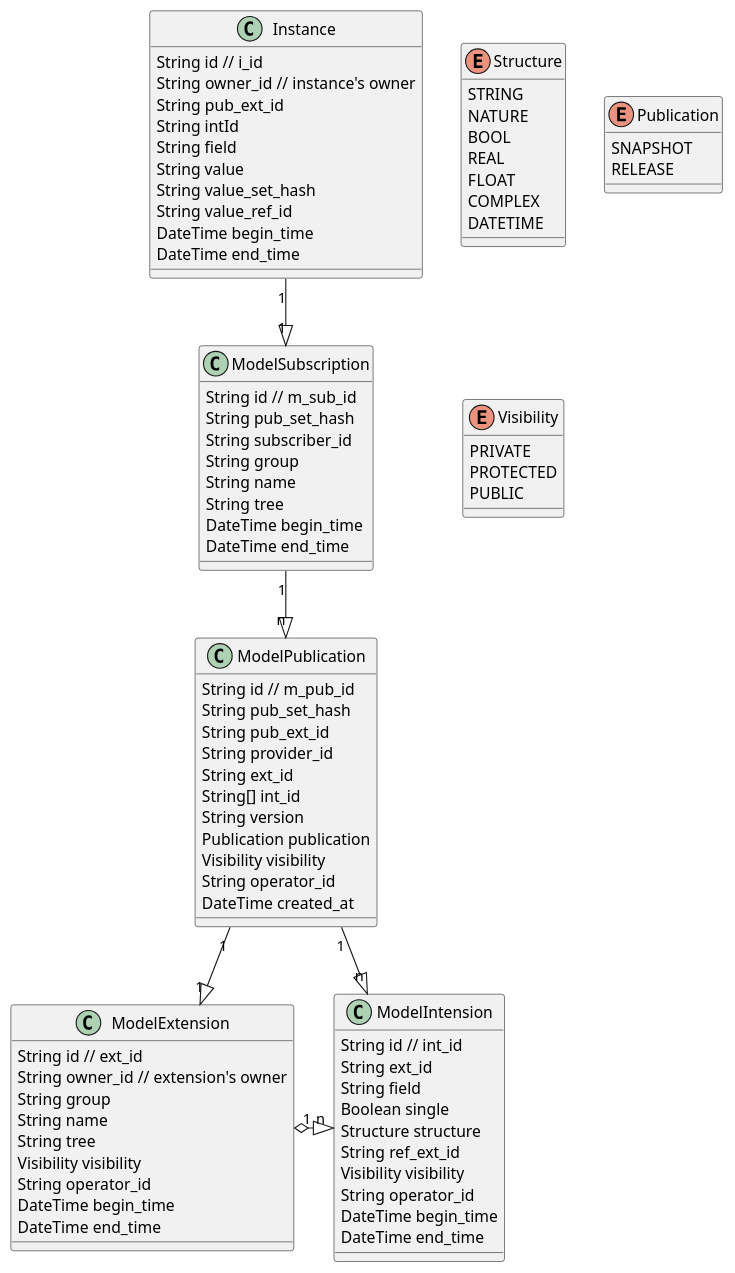
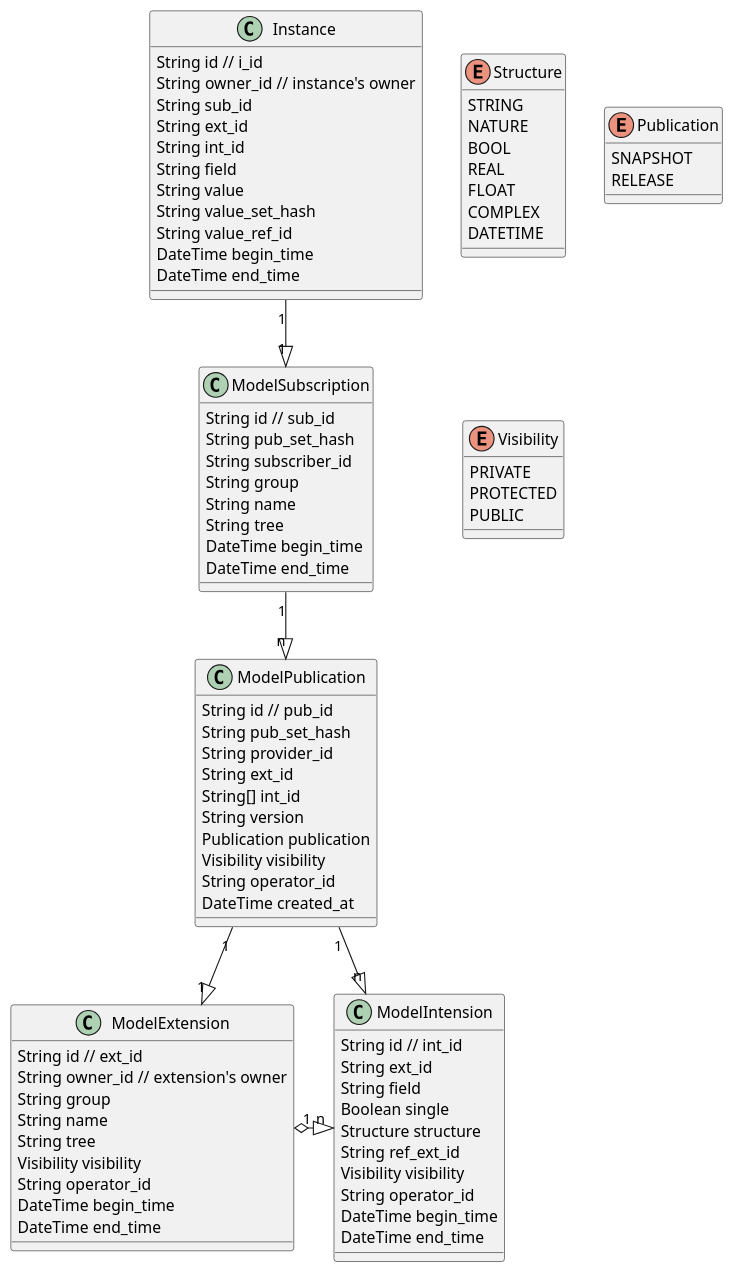
Before and after one commit to SINeWang/kiimate: the diagram in metamate.puml, drawn with PlantUML.

```diff
--- a/metamate.puml
+++ b/metamate.puml
@@ -1,109 +1,109 @@
 @startuml
 
 
 ModelSubscription "1" --|>  "n" ModelPublication
 
 ModelPublication "1" --|>  "1" ModelExtension
 ModelPublication "1" --|>  "n" ModelIntension
 
 Instance "1" --|>  "1" ModelSubscription
 
 'Instance "1" --|>  "n" InstanceTag
 
 
 ModelExtension "1" o--right--|> "n" ModelIntension
 
 class ModelExtension {
     String id // ext_id
     String owner_id // extension's owner
     String group
     String name
     String tree
     Visibility visibility
     String operator_id
     DateTime begin_time
     DateTime end_time
 }
 
 class ModelIntension {
     String id // int_id
     String ext_id
     String field
     Boolean single
     Structure structure
     String ref_ext_id
     Visibility visibility
     String operator_id
     DateTime begin_time
     DateTime end_time
 }
 
 class ModelPublication {
-    String id // m_pub_id
+    String id // pub_id
     String pub_set_hash
-    String pub_ext_id
     String provider_id
     String ext_id
     String[] int_id
     String version
     Publication publication
     Visibility visibility
     String operator_id
     DateTime created_at
 }
 
 class ModelSubscription {
-    String id // m_sub_id
+    String id // sub_id
     String pub_set_hash
     String subscriber_id
     String group
     String name
     String tree
     DateTime begin_time
     DateTime end_time
 }
 
 enum Structure {
     STRING
     NATURE
     BOOL
     REAL
     FLOAT
     COMPLEX
     DATETIME
 }
 
 enum Publication {
     SNAPSHOT
     RELEASE
 }
 
 enum Visibility {
     PRIVATE
     PROTECTED
     PUBLIC
 }
 
 class Instance {
     String id // i_id
     String owner_id // instance's owner
-    String pub_ext_id
-    String intId
+    String sub_id
+    String ext_id
+    String int_id
     String field
     String value
     String value_set_hash
     String value_ref_id
     DateTime begin_time
     DateTime end_time
 }
 
 'class InstanceTag {
 '    String id // i_tag_id
 '    String owner_id // instance's owner
 '    String[] i_id
 '    Publication publication
 '    DateTime created_at
 '    Visibility visibility
 '}
 
 @enduml
```
